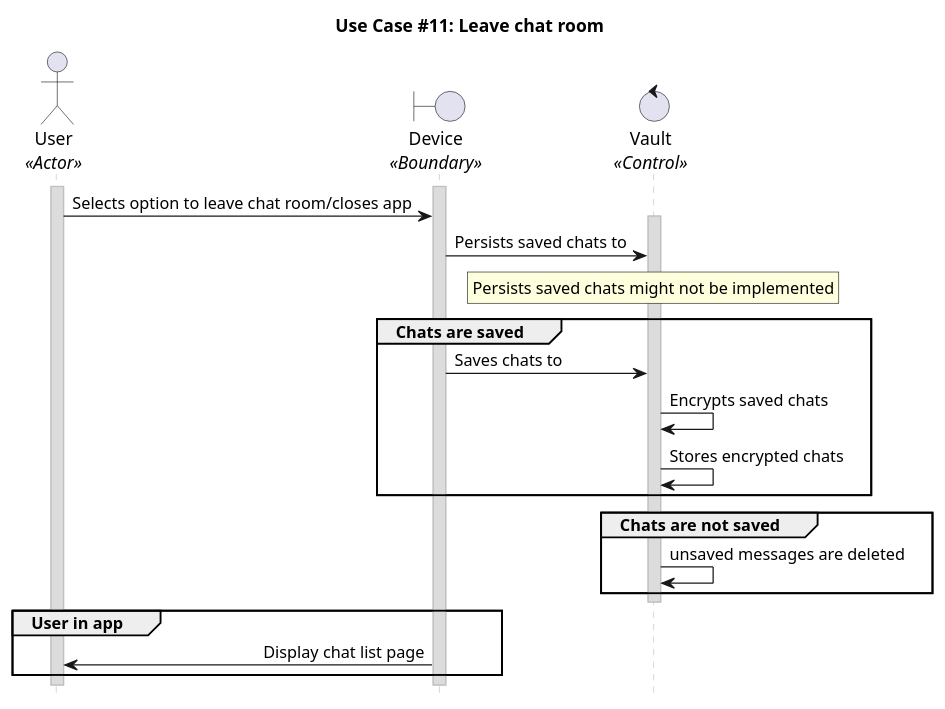
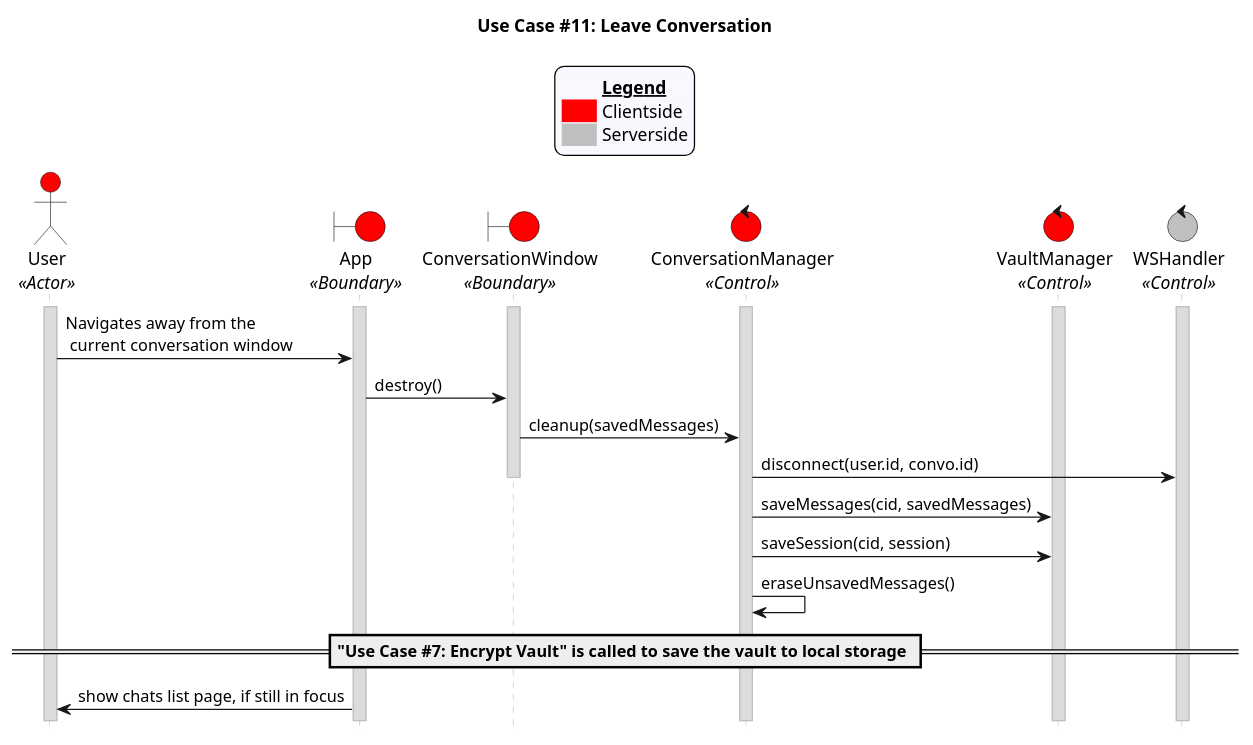
Before and after one commit to CECS-491-SP24-Group-1/seq-diagrams: the diagram in uc_11.puml, drawn with PlantUML.

Commit message:
Finish uc11

```diff
--- a/uc_11.puml
+++ b/uc_11.puml
@@ -2,50 +1,64 @@
 @startuml uc11
-title "Use Case #11: Leave chat room "
+title "Use Case #11: Leave Conversation"
 
 'Styling goes here
 hide footbox
 skinparam stereotypePosition bottom
 skinparam sequenceMessageAlign direction
 skinparam sequence {
 	LifeLineBorderColor #Silver
 	LifeLineBackgroundColor #Gainsboro
 }
 
+'Add a legend plus styling
+skinparam legend {
+	backgroundColor #GhostWhite
+	entrySeparator #GhostWhite
+}
+
+legend top
+	<#GhostWhite,#GhostWhite>|	|= __Legend__ |
+	|<#red> | Clientside|
+	|<#silver> | Serverside|
+endlegend
+
 'Setup the objects involved here
-Actor User as User <<Actor>>
-boundary Device as Device <<Boundary>>
-control Vault as Vault <<Control>>
+Actor User as u <<Actor>> #red
+boundary App as a <<Boundary>> #red
+boundary ConversationWindow as cw <<Boundary>> #red
+control ConversationManager as cm <<Control>> #red
+control VaultManager as vm <<Control>> #red
+control WSHandler as ws <<Control>> #silver
 
 'Setup persistent objects here
-activate User
-activate Device 
+activate u
+activate a
+activate cw
+activate cm
+activate vm
+activate ws
 
 '--- FLOW OF CONTROL STARTS HERE ---
-User -> Device: Selects option to leave chat room/closes app
-activate Vault
-Device -> Vault : Persists saved chats to
+'User select the option to leave the chat room or they leave the app.
+u -> a: Navigates away from the\n current conversation window
+a -> cw: destroy()
+cw -> cm: cleanup(savedMessages)
+cm -> ws: disconnect(user.id, convo.id)
+deactivate cw
 
-'Note included in use case
-rnote over Vault
-Persists saved chats might not be implemented
-endrnote
+'User’s device persists saved chats to the vault.
+cm -> vm: saveMessages(cid, savedMessages)
 
+'User’s device saves the chat session to their vault.
+cm -> vm: saveSession(cid, session)
 
-group Chats are saved
-Device -> Vault: Saves chats to
-Vault -> Vault: Encrypts saved chats
-Vault -> Vault : Stores encrypted chats
-end group
+'Unsaved messages are destroyed and zeroed out to avoid leakage of confidential details
+cm -> cm: eraseUnsavedMessages()
 
-group Chats are not saved
-Vault -> Vault : unsaved messages are deleted
-end group
-deactivate Vault
+== "Use Case #7: Encrypt Vault" is called to save the vault to local storage ==
 
-group User in app
-Device -> User: Display chat list page
-end group
-
+'User’s device displays the chats list page. This step is skipped if the user left the app or sent it to the background.
+a -> u: show chats list page, if still in focus
 '--- FLOW OF CONTROL ENDS HERE   ---
 
 @enduml
```
